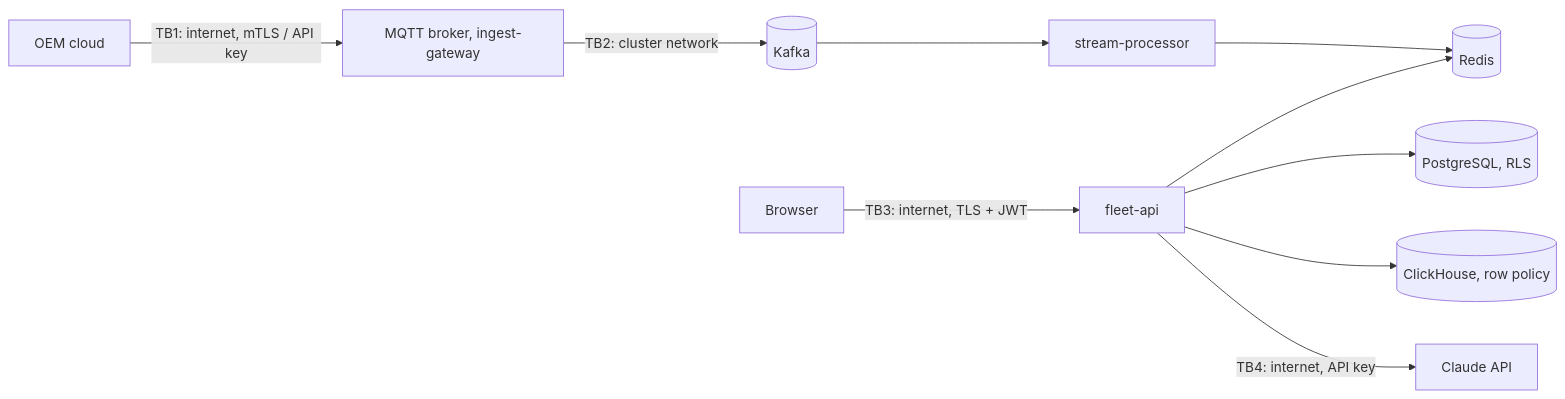
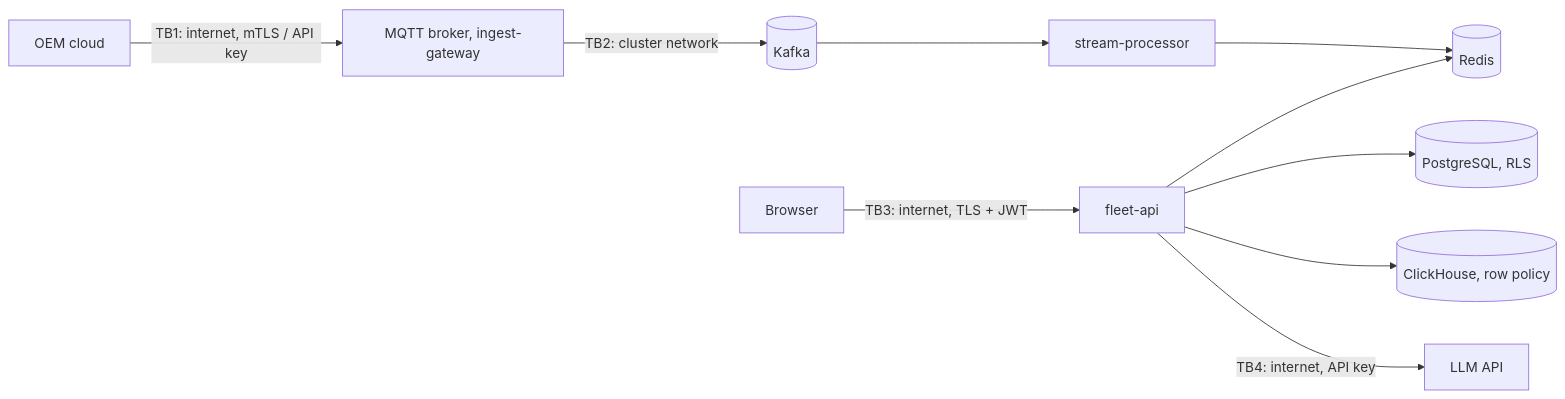
One commit to mayukhp24/MotorQ-hackathon changed the diagram in docs/security.md. Above: the diagram before and after it, drawn with Mermaid. The commit also changed other lines of this file and 22 other files, not shown here.

````diff
--- a/docs/security.md
+++ b/docs/security.md
@@ -8,9 +8,9 @@
 ```mermaid
 flowchart LR
   OEM[OEM cloud] -- "TB1: internet, mTLS / API key" --> EDGE[MQTT broker, ingest-gateway]
   EDGE -- "TB2: cluster network" --> K[(Kafka)]
   K --> SP[stream-processor] --> R[(Redis)]
   U[Browser] -- "TB3: internet, TLS + JWT" --> API[fleet-api]
   API --> PG[(PostgreSQL, RLS)] & CH[(ClickHouse, row policy)] & R
-  API -- "TB4: internet, API key" --> LLM[Claude API]
+  API -- "TB4: internet, API key" --> LLM[LLM API]
 ```
````
